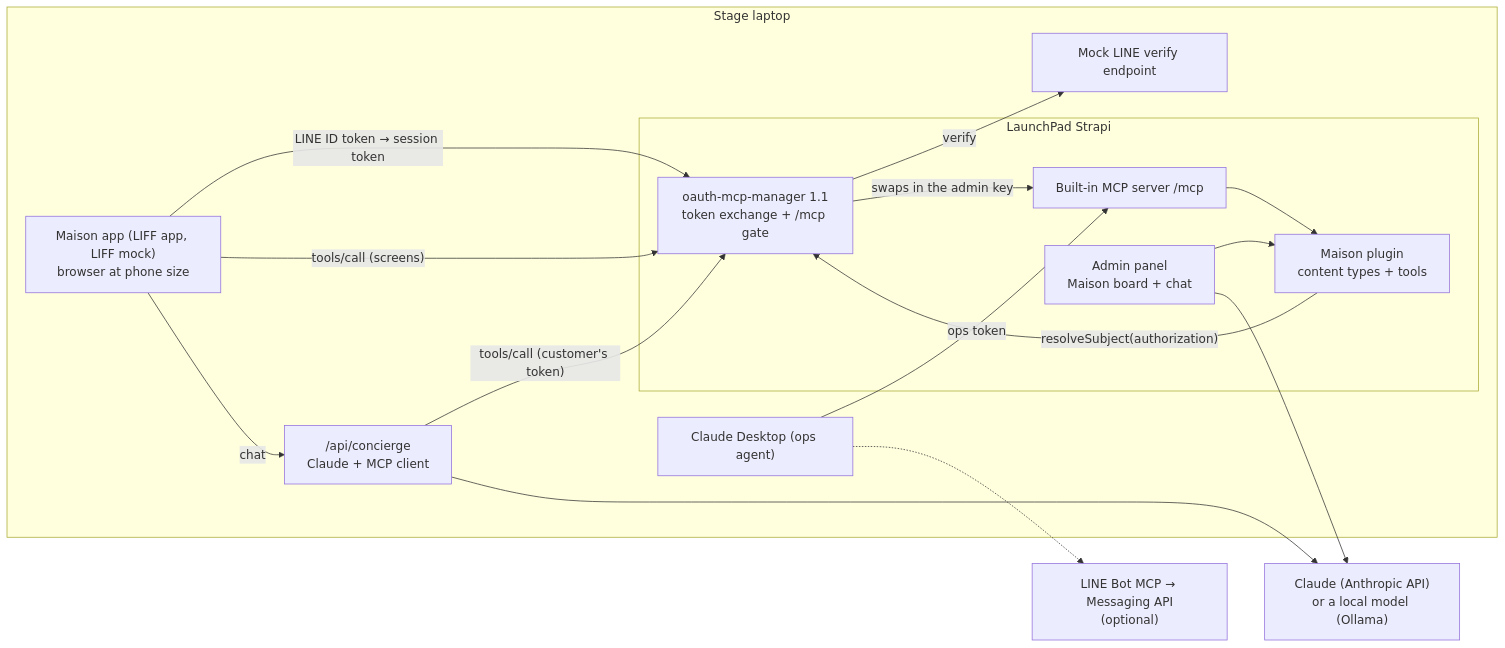
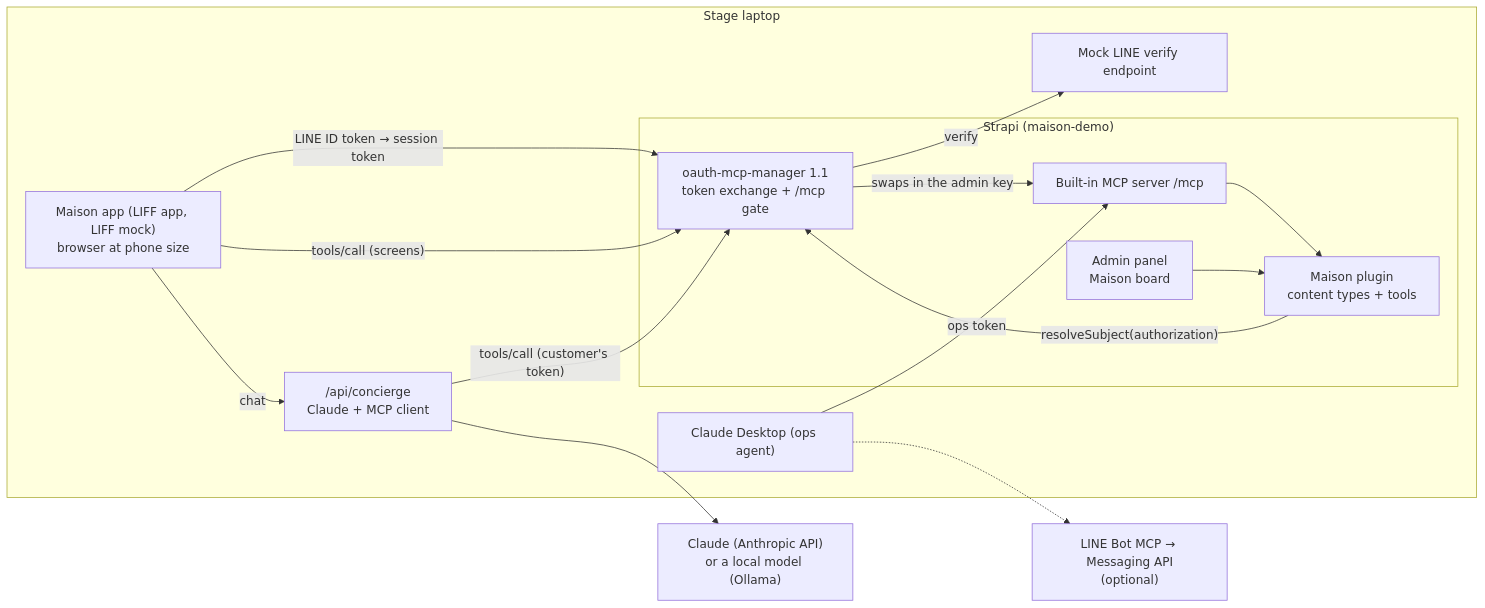
One commit to PaulBratslavsky/strapi-store-demo-mcp changed the diagram in docs/superpowers/specs/2026-09-29-ax-luxury-demo-overview.md. Above: the diagram before and after it, drawn with Mermaid. The commit also changed other lines of this file and 2 other files, not shown here.

Commit message:
docs: move the demo into a standalone maison-demo repo

````diff
--- a/docs/superpowers/specs/2026-09-29-ax-luxury-demo-overview.md
+++ b/docs/superpowers/specs/2026-09-29-ax-luxury-demo-overview.md
@@ -73,30 +72,29 @@
 ```mermaid
 flowchart LR
   subgraph Laptop["Stage laptop"]
     APP["Maison app (LIFF app, LIFF mock)<br/>browser at phone size"]
     CON["/api/concierge<br/>Claude + MCP client"]
     MOCK["Mock LINE verify endpoint"]
-    subgraph Strapi["LaunchPad Strapi"]
+    subgraph Strapi["Strapi (maison-demo)"]
       OAUTH["oauth-mcp-manager 1.1<br/>token exchange + /mcp gate"]
       MCP["Built-in MCP server /mcp"]
       MAISON["Maison plugin<br/>content types + tools"]
-      ADMIN["Admin panel<br/>Maison board + chat"]
+      ADMIN["Admin panel<br/>Maison board"]
     end
     OPS["Claude Desktop (ops agent)"]
   end
   CLAUDE["Claude (Anthropic API)<br/>or a local model (Ollama)"]
   LBM["LINE Bot MCP → Messaging API<br/>(optional)"]
   APP -- "LINE ID token → session token" --> OAUTH
   OAUTH -- verify --> MOCK
   APP -- "tools/call (screens)" --> OAUTH
   APP -- chat --> CON
   CON -- "tools/call (customer's token)" --> OAUTH
   CON --> CLAUDE
   OAUTH -- "swaps in the admin key" --> MCP
   MAISON -- "resolveSubject(authorization)" --> OAUTH
   MCP --> MAISON
   ADMIN --> MAISON
-  ADMIN --> CLAUDE
   OPS -- "ops token" --> MCP
   OPS -.-> LBM
 ```
````
